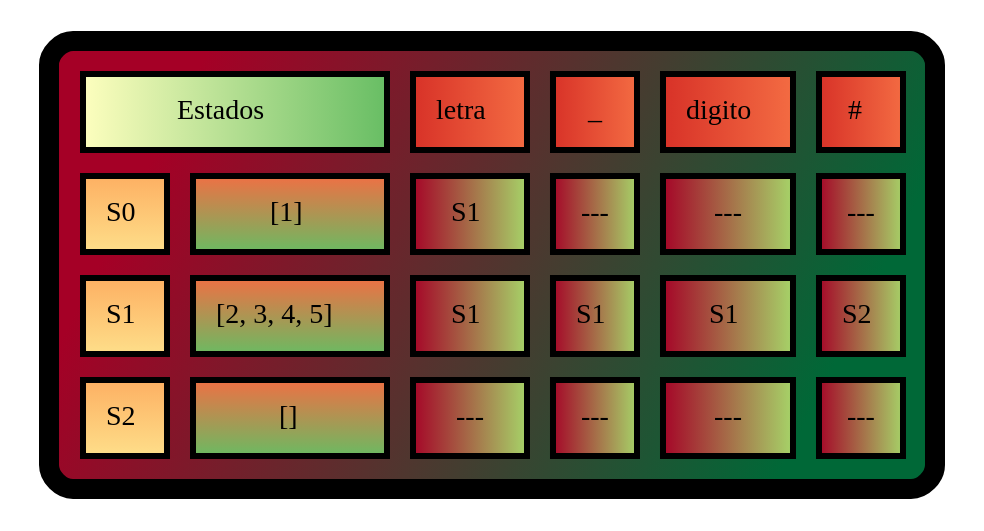
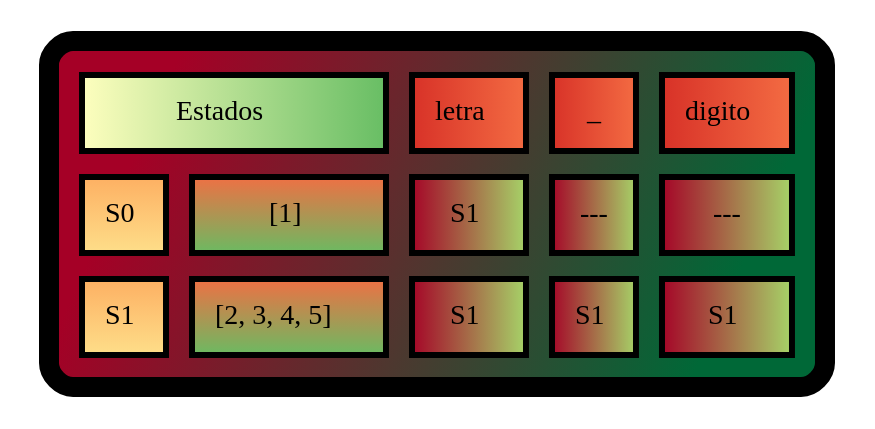
Before and after one commit to AngelArteaga1/OLC_Proyecto1_201901816: the diagram in OLC_Proyecto1_201901816/Transiciones/identificador.dot, drawn with Graphviz. The commit also changed 26 other files, not shown here.

```diff
--- a/OLC_Proyecto1_201901816/Transiciones/identificador.dot
+++ b/OLC_Proyecto1_201901816/Transiciones/identificador.dot
@@ -1,39 +1,28 @@
 digraph G{
 tbl [
 shape=plaintext
 label=<
 <TABLE border="10" cellspacing="10" cellpadding="10" style="rounded" bgcolor="/rdylgn11/1:/rdylgn11/11" gradientangle="315">
 <TR>
 <TD border="3" colspan="2"  bgcolor="/rdylgn11/6:/rdylgn11/9">Estados</TD>
 <TD border="3"  bgcolor="/rdylgn11/2:/rdylgn11/3">letra</TD>
 <TD border="3"  bgcolor="/rdylgn11/2:/rdylgn11/3">_</TD>
 <TD border="3"  bgcolor="/rdylgn11/2:/rdylgn11/3">digito</TD>
-<TD border="3"  bgcolor="/rdylgn11/2:/rdylgn11/3">#</TD>
 </TR>
 <TR>
 <TD border="3" bgcolor="/rdylgn11/4:/rdylgn11/5" gradientangle="270">S0</TD>
 <TD border="3" bgcolor="/rdylgn11/3:/rdylgn11/9" gradientangle="270">[1]</TD>
 <TD border="3"  bgcolor="/rdylgn11/1:/rdylgn11/8">S1</TD>
-<TD border="3"  bgcolor="/rdylgn11/1:/rdylgn11/8">---</TD>
 <TD border="3"  bgcolor="/rdylgn11/1:/rdylgn11/8">---</TD>
 <TD border="3"  bgcolor="/rdylgn11/1:/rdylgn11/8">---</TD>
 </TR>
 <TR>
 <TD border="3" bgcolor="/rdylgn11/4:/rdylgn11/5" gradientangle="270">S1</TD>
 <TD border="3" bgcolor="/rdylgn11/3:/rdylgn11/9" gradientangle="270">[2, 3, 4, 5]</TD>
 <TD border="3"  bgcolor="/rdylgn11/1:/rdylgn11/8">S1</TD>
 <TD border="3"  bgcolor="/rdylgn11/1:/rdylgn11/8">S1</TD>
 <TD border="3"  bgcolor="/rdylgn11/1:/rdylgn11/8">S1</TD>
-<TD border="3"  bgcolor="/rdylgn11/1:/rdylgn11/8">S2</TD>
-</TR>
-<TR>
-<TD border="3" bgcolor="/rdylgn11/4:/rdylgn11/5" gradientangle="270">S2</TD>
-<TD border="3" bgcolor="/rdylgn11/3:/rdylgn11/9" gradientangle="270">[]</TD>
-<TD border="3"  bgcolor="/rdylgn11/1:/rdylgn11/8">---</TD>
-<TD border="3"  bgcolor="/rdylgn11/1:/rdylgn11/8">---</TD>
-<TD border="3"  bgcolor="/rdylgn11/1:/rdylgn11/8">---</TD>
-<TD border="3"  bgcolor="/rdylgn11/1:/rdylgn11/8">---</TD>
 </TR>
 </TABLE>
 >];
 }
```
